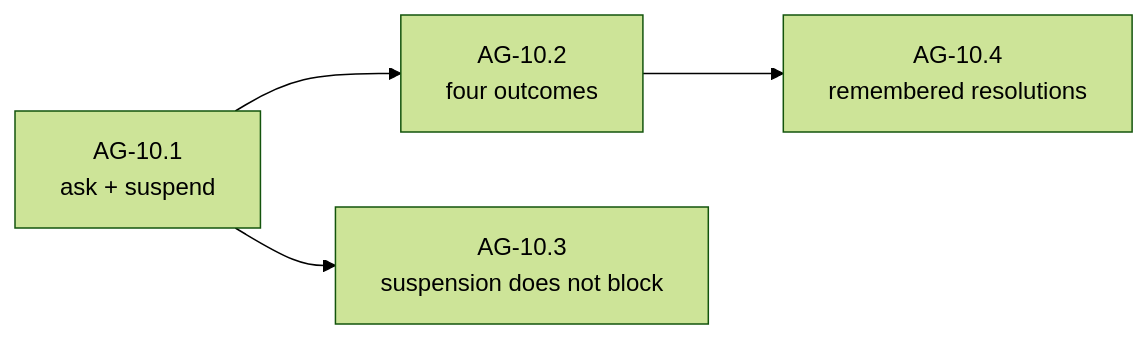
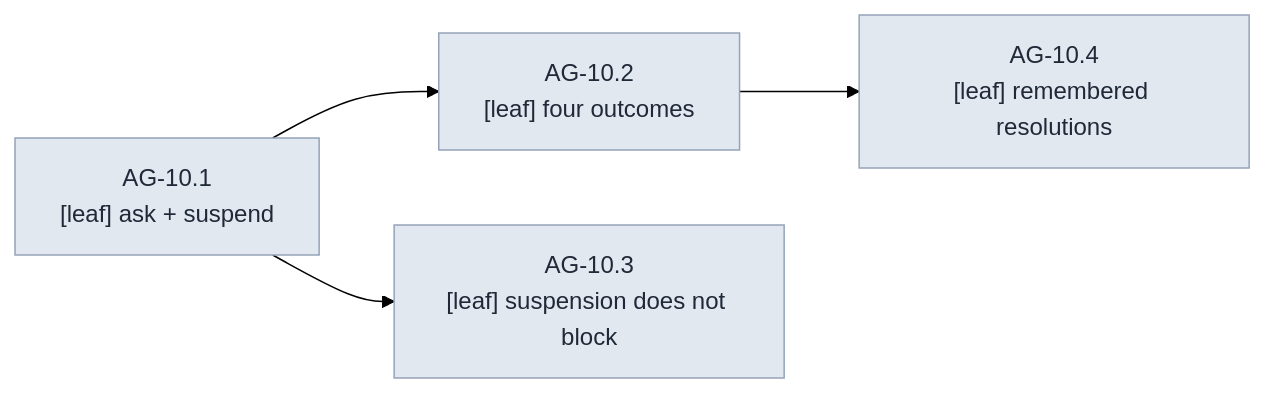
Diagram 12 of 28 in docs/architecture/milestones/0003-cachicamas-agent-layer-2-task-graph.md (witsaba/cachicamas), drawn with Mermaid (forest theme) before and after one commit. The commit also changed other lines of this file and 3 other files, not shown here.

````diff
--- a/docs/architecture/milestones/0003-cachicamas-agent-layer-2-task-graph.md
+++ b/docs/architecture/milestones/0003-cachicamas-agent-layer-2-task-graph.md
@@ -516,6 +1005,8 @@
 ```mermaid
 flowchart LR
-    G1["AG-10.1<br/>ask + suspend"] --> G2["AG-10.2<br/>four outcomes"]
-    G1 --> G3["AG-10.3<br/>suspension does not block"]
-    G2 --> G4["AG-10.4<br/>remembered resolutions"]
+    G1N["AG-10.1<br/>[leaf] ask + suspend"] --> G2N["AG-10.2<br/>[leaf] four outcomes"]
+    G1N --> G3N["AG-10.3<br/>[leaf] suspension does not block"]
+    G2N --> G4N["AG-10.4<br/>[leaf] remembered resolutions"]
+    classDef leaf fill:#e2e8f0,stroke:#94a3b8,color:#1f2937
+    class G1N,G2N,G3N,G4N leaf
 ```
````
